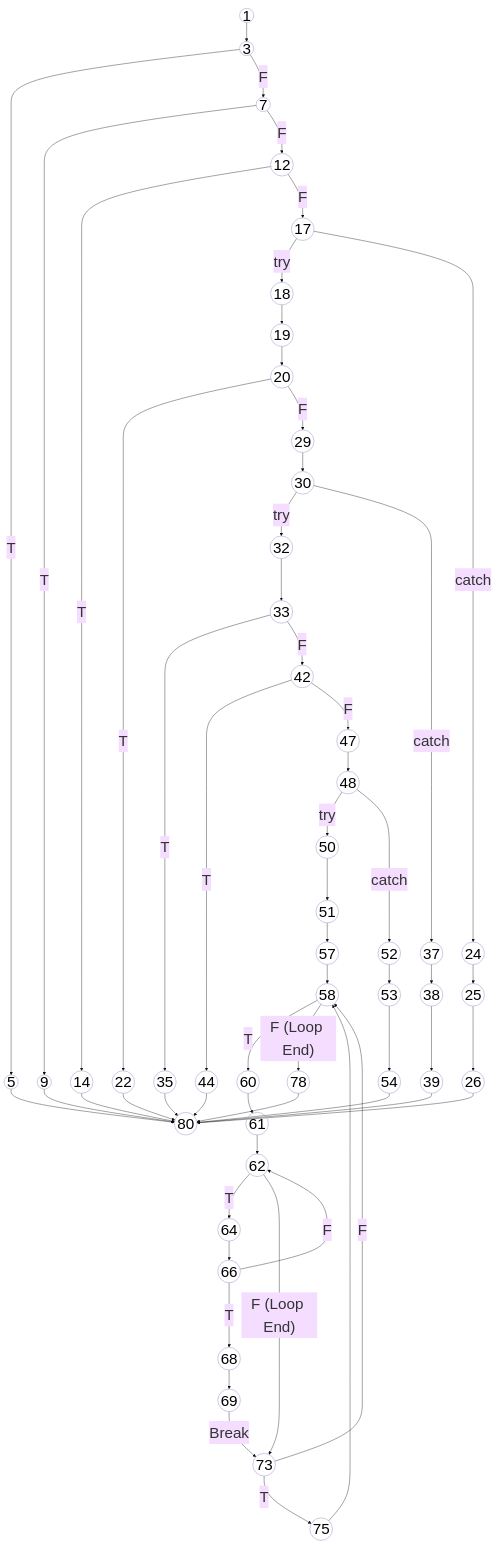
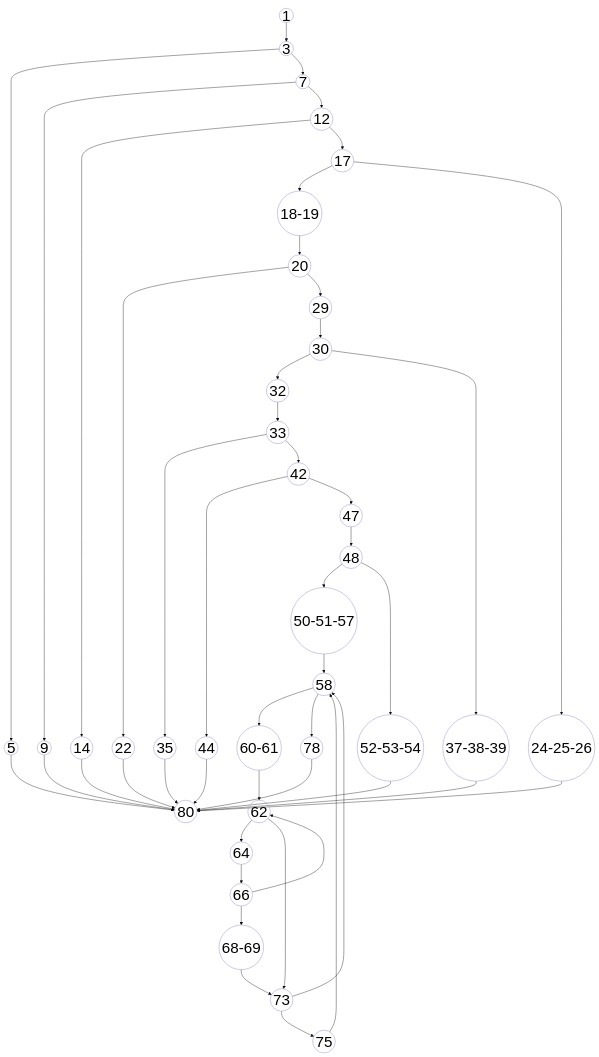
One commit to aryanhrc3428/Semester-5 changed the diagram in SE/ideathon/pseudocode/flowcharts/UC-15.mmd. Above: the diagram before and after it, drawn with Mermaid. The commit also changed 46 other files, not shown here.

```diff
--- a/SE/ideathon/pseudocode/flowcharts/UC-15.mmd
+++ b/SE/ideathon/pseudocode/flowcharts/UC-15.mmd
@@ -1,95 +1,80 @@
 ---
 config:
   theme: base
   themeVariables:
     fontSize: '40px'
 ---
 graph TD
     %% Base styling matching the reference CFG style
     classDef default fill:none,stroke:#a3a3d1,stroke-width:1.5px,color:#000;
     
     1((1)) --> 3((3))
     
-    3 -- T --> 5((5))
-    3 -- F --> 7((7))
+    3 --> 5((5))
+    3 --> 7((7))
     
-    7 -- T --> 9((9))
-    7 -- F --> 12((12))
+    7 --> 9((9))
+    7 --> 12((12))
     
-    12 -- T --> 14((14))
-    12 -- F --> 17((17))
+    12 --> 14((14))
+    12 --> 17((17))
     
-    17 -- try --> 18((18))
-    17 -- catch --> 24((24))
+    17 --> 18-19((18-19))
+    17 --> 24-25-26((24-25-26))
     
-    18 --> 19((19))
-    19 --> 20((20))
+    18-19 --> 20((20))
     
-    20 -- T --> 22((22))
-    20 -- F --> 29((29))
-    
-    24 --> 25((25))
-    25 --> 26((26))
+    20 --> 22((22))
+    20 --> 29((29))
     
     29 --> 30((30))
     
-    30 -- try --> 32((32))
-    30 -- catch --> 37((37))
+    30 --> 32((32))
+    30 --> 37-38-39((37-38-39))
     
     32 --> 33((33))
     
-    33 -- T --> 35((35))
-    33 -- F --> 42((42))
+    33 --> 35((35))
+    33 --> 42((42))
     
-    37 --> 38((38))
-    38 --> 39((39))
-    
-    42 -- T --> 44((44))
-    42 -- F --> 47((47))
+    42 --> 44((44))
+    42 --> 47((47))
     
     47 --> 48((48))
     
-    48 -- try --> 50((50))
-    48 -- catch --> 52((52))
+    48 --> 50-51-57((50-51-57))
+    48 --> 52-53-54((52-53-54))
     
-    50 --> 51((51))
-    51 --> 57((57))
+    50-51-57 --> 58((58))
     
-    52 --> 53((53))
-    53 --> 54((54))
+    58 --> 60-61((60-61))
+    58 --> 78((78))
     
-    57 --> 58((58))
+    60-61 --> 62((62))
     
-    58 -- T --> 60((60))
-    58 -- F (Loop End) --> 78((78))
-    
-    60 --> 61((61))
-    61 --> 62((62))
-    
-    62 -- T --> 64((64))
-    62 -- F (Loop End) --> 73((73))
+    62 --> 64((64))
+    62 --> 73((73))
     
     64 --> 66((66))
     
-    66 -- T --> 68((68))
-    66 -- F --> 62
+    66 --> 68-69((68-69))
+    66 --> 62
     
-    68 --> 69((69))
-    69 -- Break --> 73
+    68-69 --> 73
     
-    73 -- T --> 75((75))
-    73 -- F --> 58
+    73 --> 75((75))
+    73 --> 58
     
     75 --> 58
     
     %% Terminal error returns and catches syncing to the final end node (80)
     5 --> 80((80))
     9 --> 80
     14 --> 80
     22 --> 80
-    26 --> 80
+    24-25-26 --> 80
     35 --> 80
-    39 --> 80
+    37-38-39 --> 80
     44 --> 80
-    54 --> 80
+    52-53-54 --> 80
     78 --> 80
```
